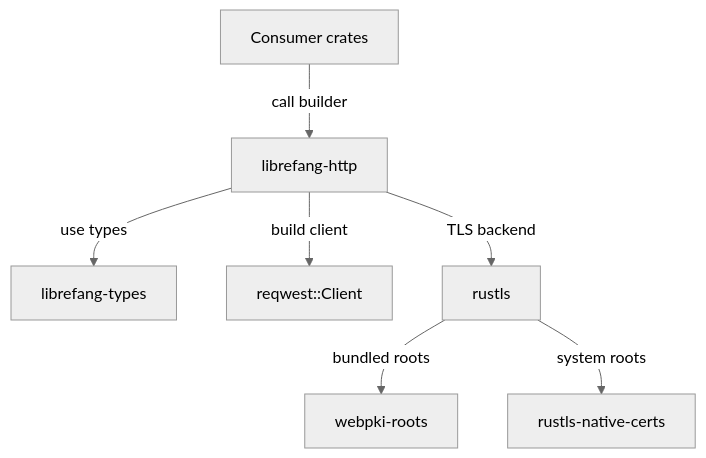
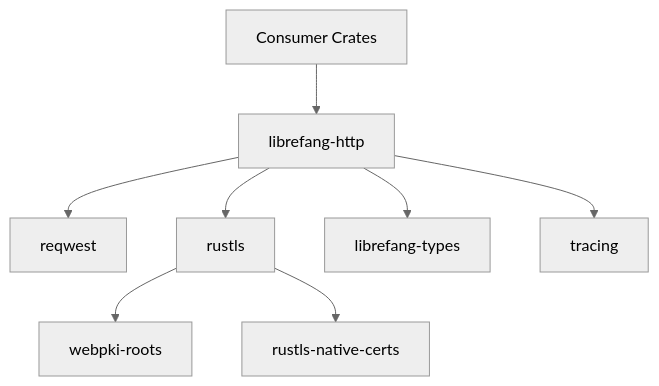
Before and after one commit to leszek3737/librefang-WIki: the diagram in other-librefang-http.md, drawn with Mermaid (neutral theme). The commit also changed other lines of this file and 122 other files, not shown here.

````diff
--- a/other-librefang-http.md
+++ b/other-librefang-http.md
@@ -15,9 +19,10 @@
 ```mermaid
 graph TD
-    A[Consumer crates] -->|call builder| B[librefang-http]
-    B -->|use types| C[librefang-types]
-    B -->|build client| D[reqwest::Client]
-    B -->|TLS backend| E[rustls]
-    E -->|bundled roots| F[webpki-roots]
-    E -->|system roots| G[rustls-native-certs]
+    A[librefang-http] --> B[reqwest]
+    A --> C[rustls]
+    C --> D[webpki-roots]
+    C --> E[rustls-native-certs]
+    A --> F[librefang-types]
+    A --> G[tracing]
+    H[Consumer Crates] --> A
 ```
````
